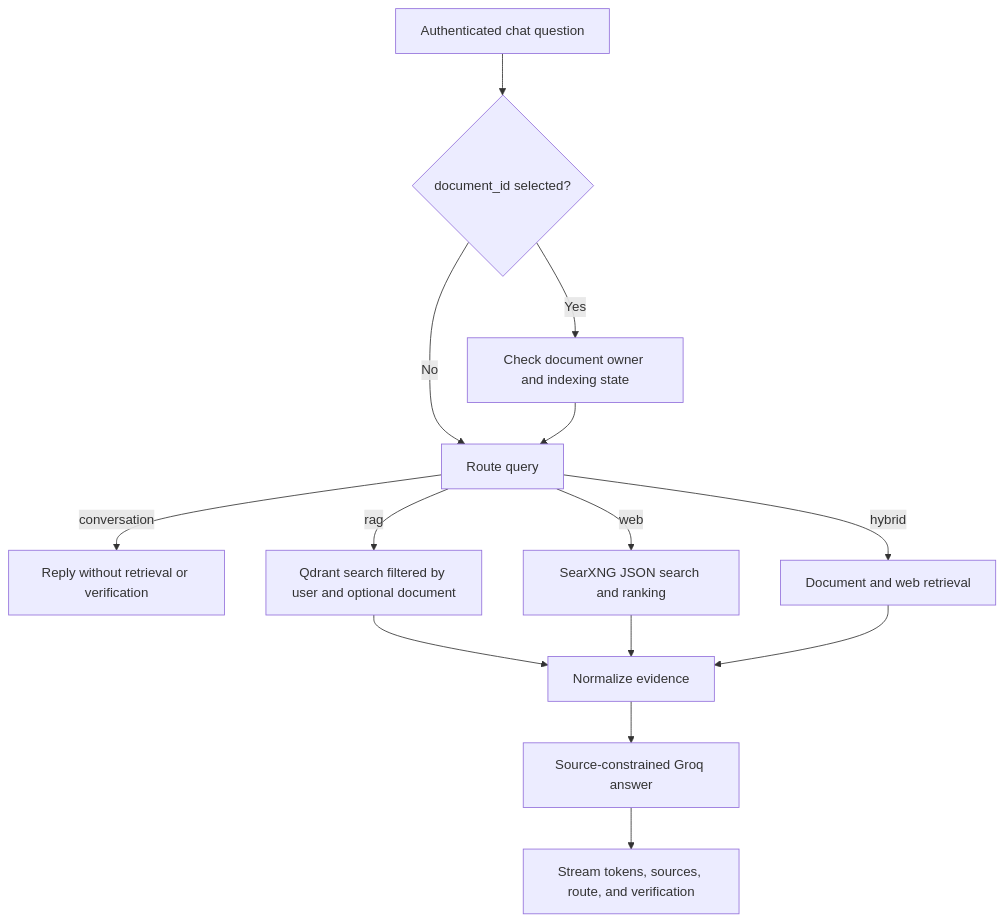
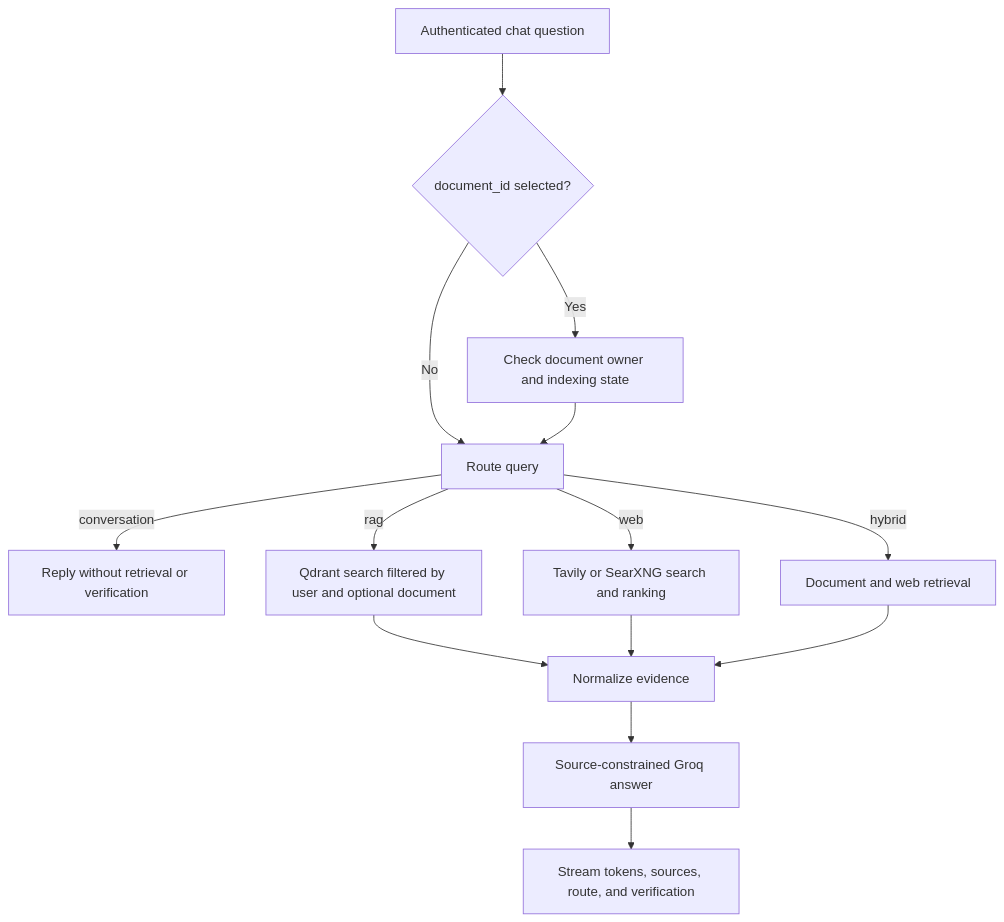
One commit to akhhilreddy/AskLaw changed the second of 2 diagrams in README.md. Above: the diagram before and after it, drawn with Mermaid. The commit also changed other lines of this file and 26 other files, not shown here.

````diff
--- a/README.md
+++ b/README.md
@@ -96,16 +114,16 @@
 ```mermaid
 flowchart TD
     Q[Authenticated chat question] --> D{document_id selected?}
     D -->|Yes| O[Check document owner and indexing state]
     D -->|No| R[Route query]
     O --> R
     R -->|conversation| C[Reply without retrieval or verification]
     R -->|rag| V[Qdrant search filtered by user and optional document]
-    R -->|web| W[SearXNG JSON search and ranking]
+    R -->|web| W[Tavily or SearXNG search and ranking]
     R -->|hybrid| H[Document and web retrieval]
     V --> E[Normalize evidence]
     W --> E
     H --> E
     E --> G[Source-constrained Groq answer]
     G --> S[Stream tokens, sources, route, and verification]
 ```
````
